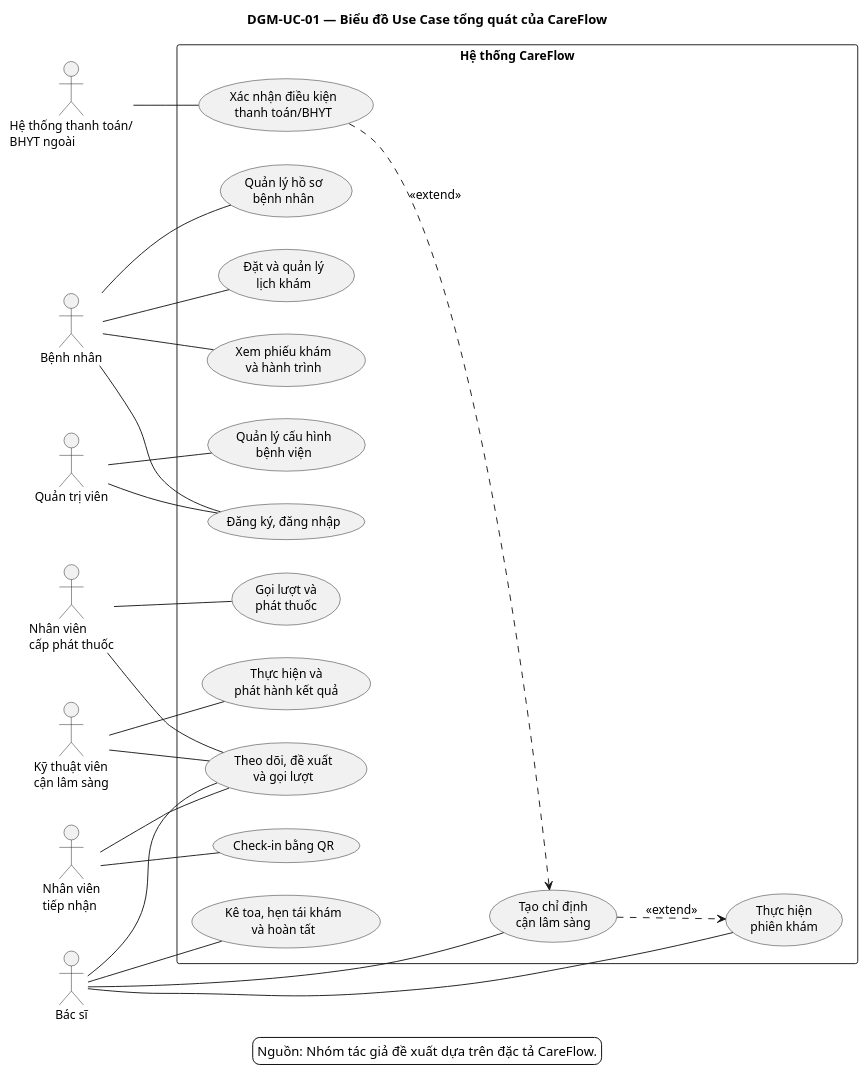
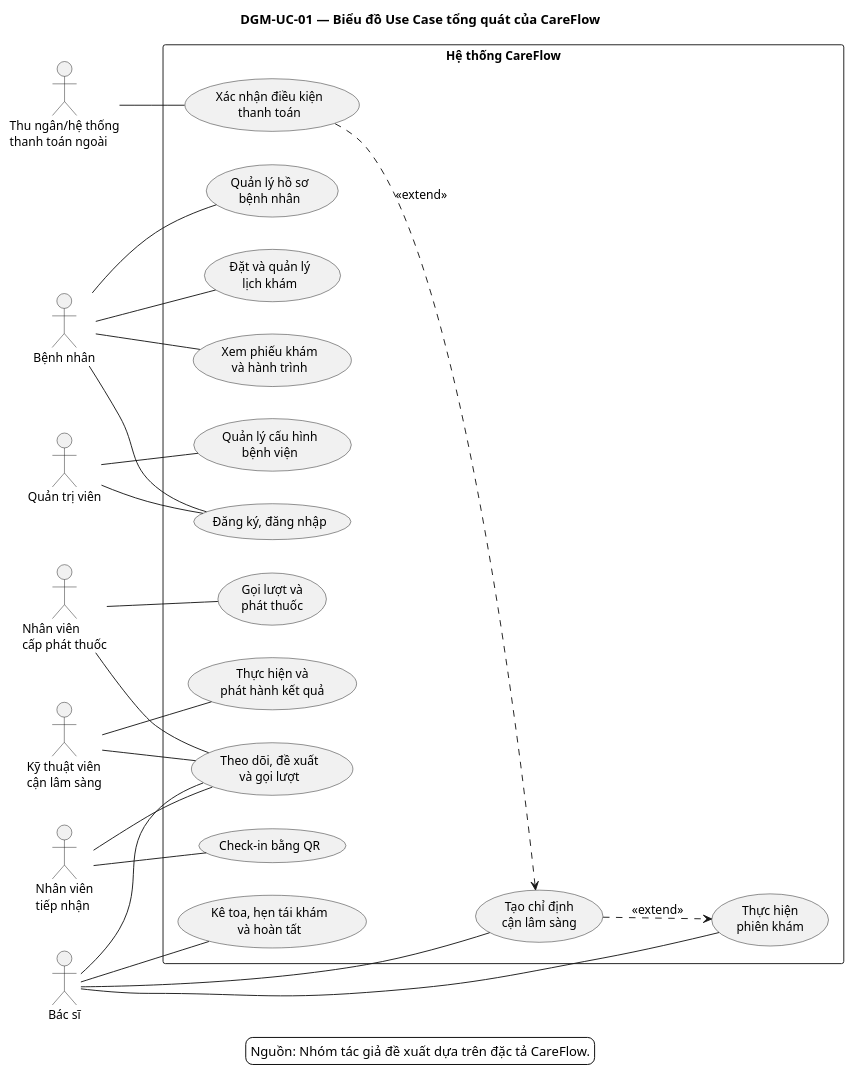
One commit to ntkhai268/careflow changed the diagram in docs/report/chapter-03/diagrams/use-case/dgm-uc-01-overall.puml. Above: the diagram before and after it, drawn with PlantUML. The commit also changed 15 other files, not shown here.

```diff
--- a/docs/report/chapter-03/diagrams/use-case/dgm-uc-01-overall.puml
+++ b/docs/report/chapter-03/diagrams/use-case/dgm-uc-01-overall.puml
@@ -1,64 +1,64 @@
 @startuml
 title DGM-UC-01 — Biểu đồ Use Case tổng quát của CareFlow
 
 left to right direction
 skinparam backgroundColor white
 skinparam shadowing false
 skinparam defaultFontName Arial
 skinparam defaultFontSize 13
 skinparam packageStyle rectangle
 
 actor "Bệnh nhân" as Patient
 actor "Bác sĩ" as Doctor
 actor "Nhân viên\ntiếp nhận" as Reception
 actor "Kỹ thuật viên\ncận lâm sàng" as LabTech
 actor "Nhân viên\ncấp phát thuốc" as PharmacyStaff
 actor "Quản trị viên" as Admin
-actor "Hệ thống thanh toán/\nBHYT ngoài" as Payment
+actor "Thu ngân/hệ thống\nthanh toán ngoài" as Payment
 
 rectangle "Hệ thống CareFlow" {
   usecase "Đăng ký, đăng nhập" as UCAuth
   usecase "Quản lý hồ sơ\nbệnh nhân" as UCProfile
   usecase "Đặt và quản lý\nlịch khám" as UCAppointment
   usecase "Xem phiếu khám\nvà hành trình" as UCJourney
   usecase "Check-in bằng QR" as UCCheckIn
   usecase "Theo dõi, đề xuất\nvà gọi lượt" as UCQueue
   usecase "Thực hiện\nphiên khám" as UCConsultation
   usecase "Tạo chỉ định\ncận lâm sàng" as UCOrder
   usecase "Thực hiện và\nphát hành kết quả" as UCResult
   usecase "Kê toa, hẹn tái khám\nvà hoàn tất" as UCPrescription
   usecase "Gọi lượt và\nphát thuốc" as UCDispense
   usecase "Quản lý cấu hình\nbệnh viện" as UCConfig
-  usecase "Xác nhận điều kiện\nthanh toán/BHYT" as UCPayment
+  usecase "Xác nhận điều kiện\nthanh toán" as UCPayment
 }
 
 Patient -- UCAuth
 Patient -- UCProfile
 Patient -- UCAppointment
 Patient -- UCJourney
 
 Reception -- UCCheckIn
 Reception -- UCQueue
 
 Doctor -- UCQueue
 Doctor -- UCConsultation
 Doctor -- UCOrder
 Doctor -- UCPrescription
 
 LabTech -- UCQueue
 LabTech -- UCResult
 
 PharmacyStaff -- UCQueue
 PharmacyStaff -- UCDispense
 
 Admin -- UCAuth
 Admin -- UCConfig
 
 Payment -- UCPayment
 UCPayment ..> UCOrder : <<extend>>
 UCOrder ..> UCConsultation : <<extend>>
 
 legend bottom
   Nguồn: Nhóm tác giả đề xuất dựa trên đặc tả CareFlow.
 endlegend
 @enduml
```
